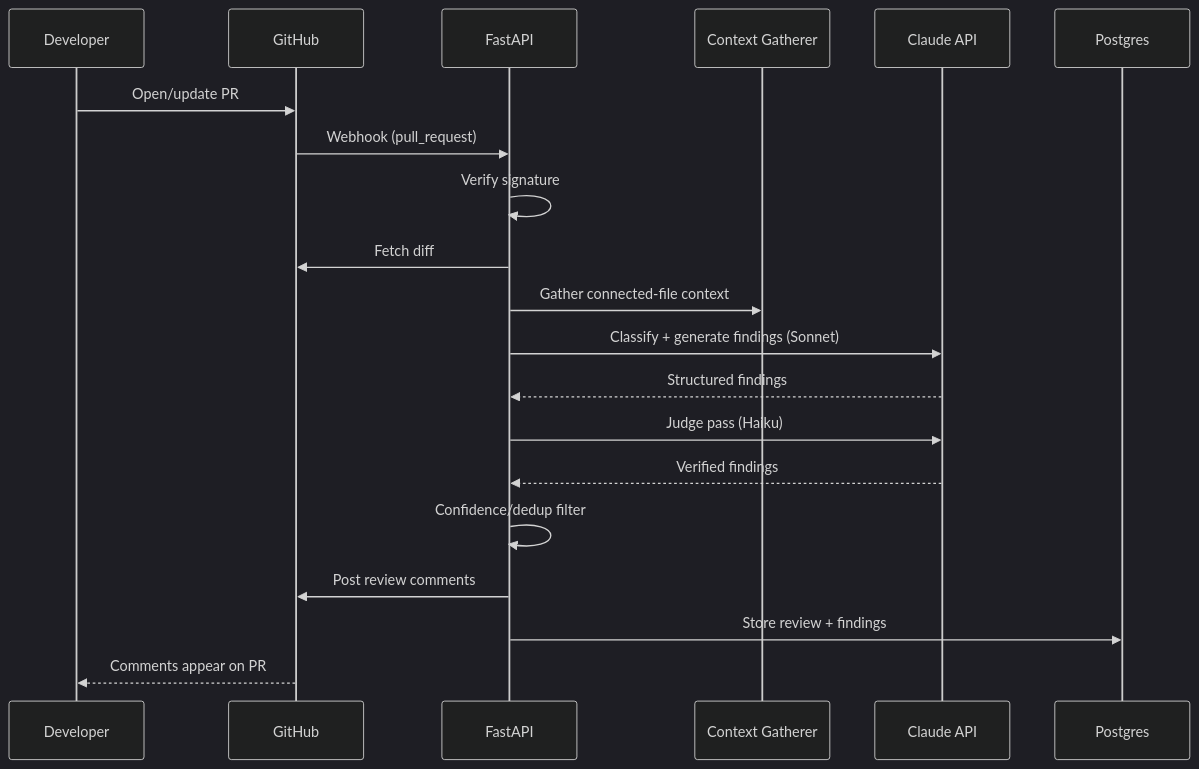
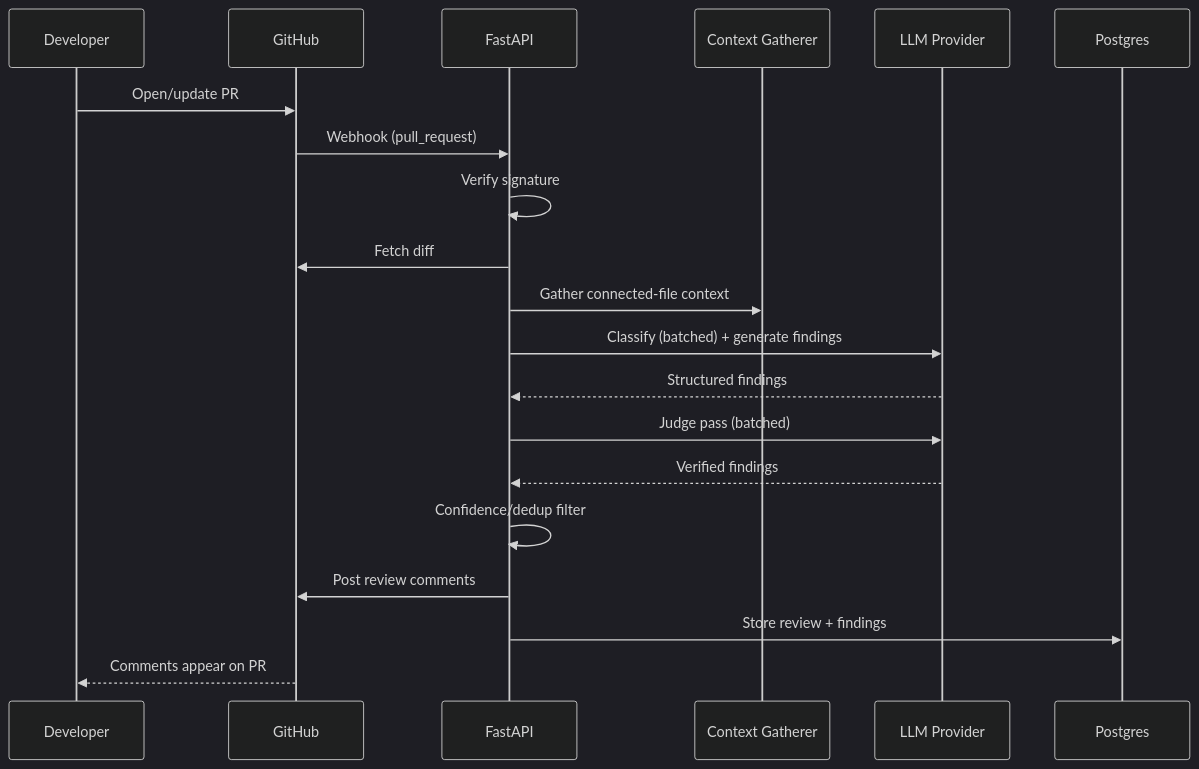
The diagram in docs/09_LLD.md (kaur-devs/PR-Review-Copilot), drawn with Mermaid (dark theme) before and after one commit. The commit also changed other lines of this file and 20 other files, not shown here.

````diff
--- a/docs/09_LLD.md
+++ b/docs/09_LLD.md
@@ -47,23 +47,23 @@
 ```mermaid
 sequenceDiagram
     participant D as Developer
     participant GH as GitHub
     participant API as FastAPI
     participant CTX as Context Gatherer
-    participant LLM as Claude API
+    participant LLM as LLM Provider
     participant DB as Postgres
 
     D->>GH: Open/update PR
     GH->>API: Webhook (pull_request)
     API->>API: Verify signature
     API->>GH: Fetch diff
     API->>CTX: Gather connected-file context
-    API->>LLM: Classify + generate findings (Sonnet)
+    API->>LLM: Classify (batched) + generate findings
     LLM-->>API: Structured findings
-    API->>LLM: Judge pass (Haiku)
+    API->>LLM: Judge pass (batched)
     LLM-->>API: Verified findings
     API->>API: Confidence/dedup filter
     API->>GH: Post review comments
     API->>DB: Store review + findings
     GH-->>D: Comments appear on PR
 ```
````
